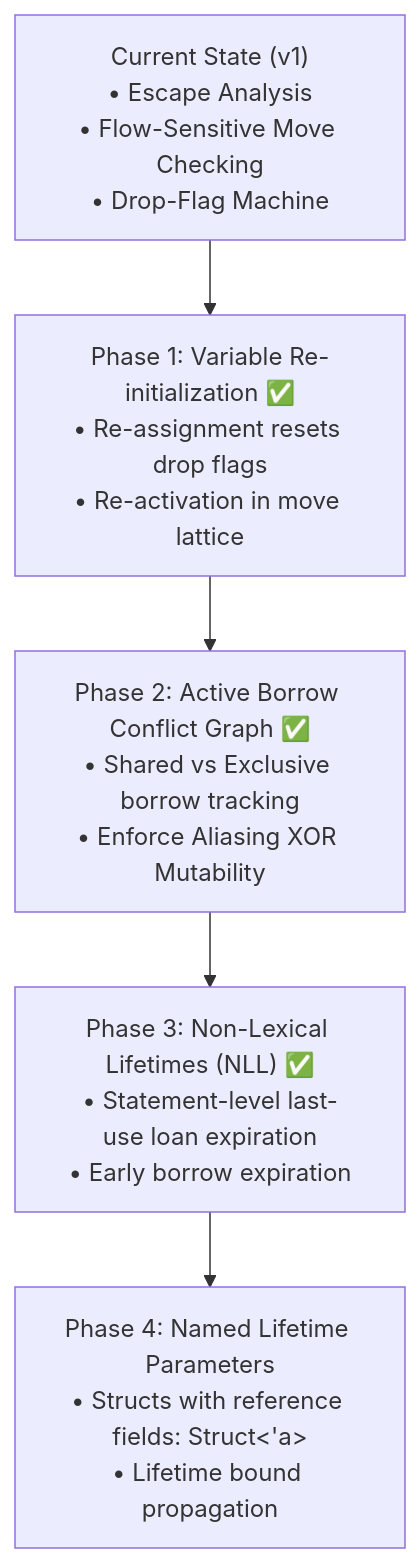
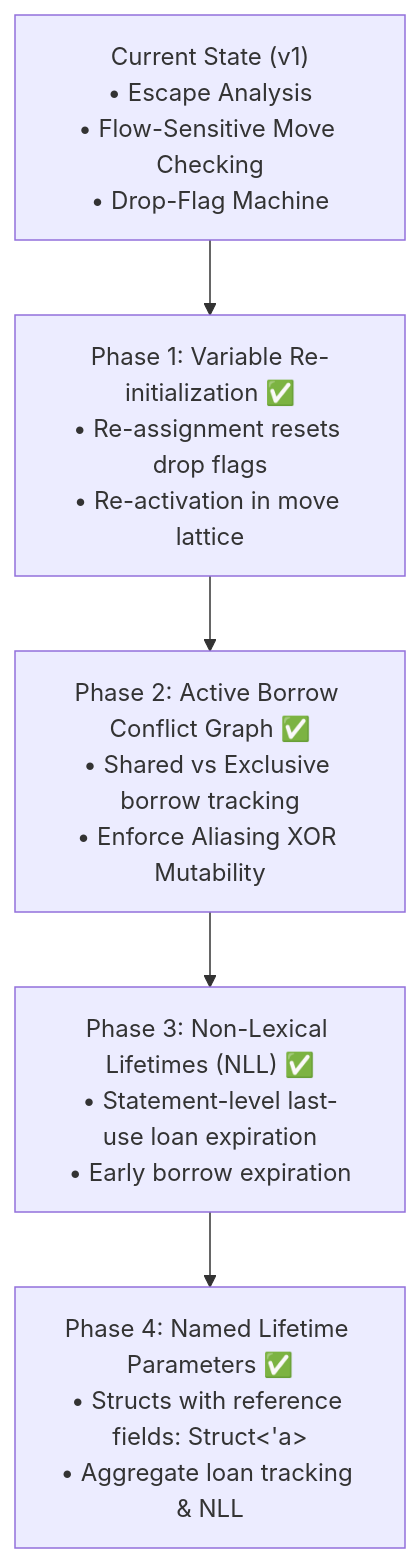
One commit to CierCier/silver changed the diagram in docs/borrow-checker/current-limitations-and-roadmap.md. Above: the diagram before and after it, drawn with Mermaid. The commit also changed other lines of this file and 10 other files, not shown here.

Commit message:
feat(borrow-checker): implement Phase 4 named lifetime parameters and struct-held borrows

````diff
--- a/docs/borrow-checker/current-limitations-and-roadmap.md
+++ b/docs/borrow-checker/current-limitations-and-roadmap.md
@@ -62,7 +62,7 @@
 ```mermaid
 flowchart TD
     Current["Current State (v1)\n• Escape Analysis\n• Flow-Sensitive Move Checking\n• Drop-Flag Machine"] --> P1["Phase 1: Variable Re-initialization ✅\n• Re-assignment resets drop flags\n• Re-activation in move lattice"]
     P1 --> P2["Phase 2: Active Borrow Conflict Graph ✅\n• Shared vs Exclusive borrow tracking\n• Enforce Aliasing XOR Mutability"]
     P2 --> P3["Phase 3: Non-Lexical Lifetimes (NLL) ✅\n• Statement-level last-use loan expiration\n• Early borrow expiration"]
-    P3 --> P4["Phase 4: Named Lifetime Parameters\n• Structs with reference fields: Struct<'a>\n• Lifetime bound propagation"]
+    P3 --> P4["Phase 4: Named Lifetime Parameters ✅\n• Structs with reference fields: Struct<'a>\n• Aggregate loan tracking & NLL"]
 ```
````
